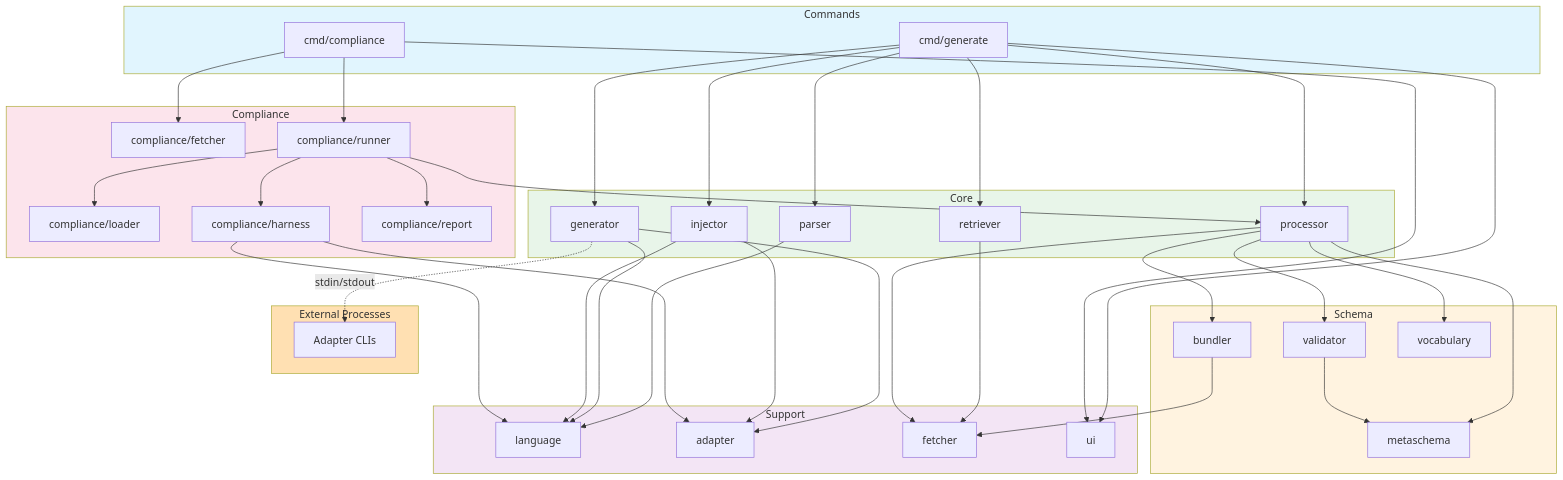
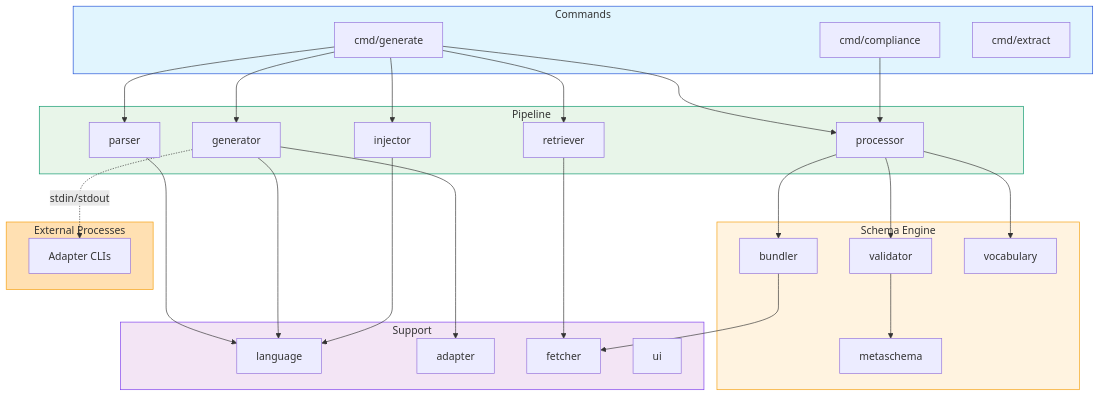
The sixth of 6 diagrams in docs/cli-current-flow.md (vectorfy-co/valbridge), drawn with Mermaid before and after one commit. The commit also changed other lines of this file and 17 other files, not shown here.

````diff
--- a/docs/cli-current-flow.md
+++ b/docs/cli-current-flow.md
@@ -470,82 +266,61 @@
 ```mermaid
 graph TD
-    subgraph Commands
-        CMD_GEN[cmd/generate]
-        CMD_COMP[cmd/compliance]
+    subgraph Commands["Commands"]
+        CMD_GEN["cmd/generate"]
+        CMD_COMP["cmd/compliance"]
+        CMD_EXT["cmd/extract"]
     end
 
-    subgraph Core
-        PARSER[parser]
-        RETRIEVER[retriever]
-        PROCESSOR[processor]
-        GENERATOR[generator]
-        INJECTOR[injector]
+    subgraph Pipeline["Pipeline"]
+        PARSER["parser"]
+        RETRIEVER["retriever"]
+        PROCESSOR["processor"]
+        GENERATOR["generator"]
+        INJECTOR["injector"]
     end
 
-    subgraph Schema
-        BUNDLER[bundler]
-        VALIDATOR[validator]
-        METASCHEMA[metaschema]
-        VOCABULARY[vocabulary]
+    subgraph Schema["Schema Engine"]
+        BUNDLER["bundler"]
+        VALIDATOR["validator"]
+        METASCHEMA["metaschema"]
+        VOCABULARY["vocabulary"]
     end
 
-    subgraph Support
-        LANGUAGE[language]
-        ADAPTER[adapter]
-        FETCHER[fetcher]
-        UI[ui]
+    subgraph Support["Support"]
+        LANGUAGE["language"]
+        ADAPTER["adapter"]
+        FETCHER["fetcher"]
+        UI["ui"]
     end
 
     subgraph External["External Processes"]
-        ADAPTER_CLI[Adapter CLIs]
-    end
-
-    subgraph Compliance
-        COMP_FETCH[compliance/fetcher]
-        COMP_LOADER[compliance/loader]
-        COMP_HARNESS[compliance/harness]
-        COMP_RUNNER[compliance/runner]
-        COMP_REPORT[compliance/report]
+        ADAPTER_CLI["Adapter CLIs"]
     end
 
     CMD_GEN --> PARSER
     CMD_GEN --> RETRIEVER
     CMD_GEN --> PROCESSOR
     CMD_GEN --> GENERATOR
     CMD_GEN --> INJECTOR
-    CMD_GEN --> UI
 
-    CMD_COMP --> COMP_FETCH
-    CMD_COMP --> COMP_RUNNER
-    CMD_COMP --> UI
+    CMD_COMP --> PROCESSOR
 
     PARSER --> LANGUAGE
     RETRIEVER --> FETCHER
     PROCESSOR --> BUNDLER
     PROCESSOR --> VALIDATOR
-    PROCESSOR --> METASCHEMA
     PROCESSOR --> VOCABULARY
-    PROCESSOR --> FETCHER
     GENERATOR --> LANGUAGE
     GENERATOR --> ADAPTER
-    GENERATOR -.->|stdin/stdout| ADAPTER_CLI
+    GENERATOR -.->|"stdin/stdout"| ADAPTER_CLI
     INJECTOR --> LANGUAGE
-    INJECTOR --> ADAPTER
 
     BUNDLER --> FETCHER
     VALIDATOR --> METASCHEMA
 
-    COMP_RUNNER --> COMP_LOADER
-    COMP_RUNNER --> COMP_HARNESS
-    COMP_RUNNER --> COMP_REPORT
-    COMP_RUNNER --> PROCESSOR
-    COMP_HARNESS --> ADAPTER
-    COMP_HARNESS --> LANGUAGE
-
-    style Commands fill:#e1f5fe
-    style Core fill:#e8f5e9
-    style Schema fill:#fff3e0
-    style Support fill:#f3e5f5
-    style Compliance fill:#fce4ec
-    style External fill:#ffe0b2
+    style Commands fill:#e1f5fe,stroke:#1D4ED8
+    style Pipeline fill:#e8f5e9,stroke:#059669
+    style Schema fill:#fff3e0,stroke:#f59e0b
+    style Support fill:#f3e5f5,stroke:#7c3aed
+    style External fill:#ffe0b2,stroke:#f59e0b
 ```
````
